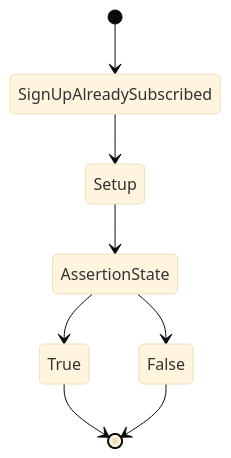
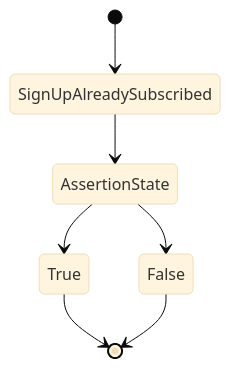
One commit to Emsaso/GetNews changed the sixth of 12 diagrams in model/TestModel.md. Above: the diagram before and after it, drawn with Mermaid (base theme). The commit also changed other lines of this file, not shown here.

````diff
--- a/model/TestModel.md
+++ b/model/TestModel.md
@@ -137,13 +132,11 @@
 ```mermaid
 stateDiagram-v2
     [*] --> SignUpAlreadySubscribed
-        SignUpAlreadySubscribed --> Setup
-        
-        Setup --> AssertionState
+        SignUpAlreadySubscribed --> AssertionState
         
         AssertionState --> True
         AssertionState --> False
         True --> [*]
         False --> [*]
 
 ```
````
